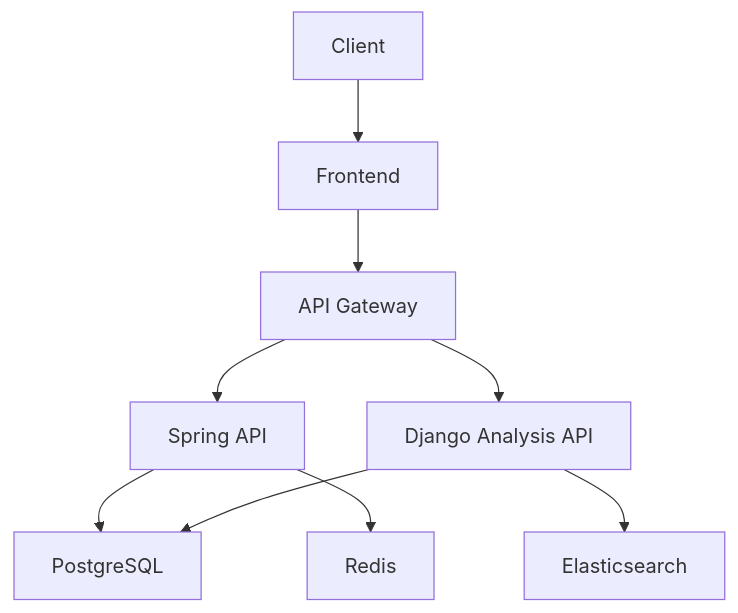
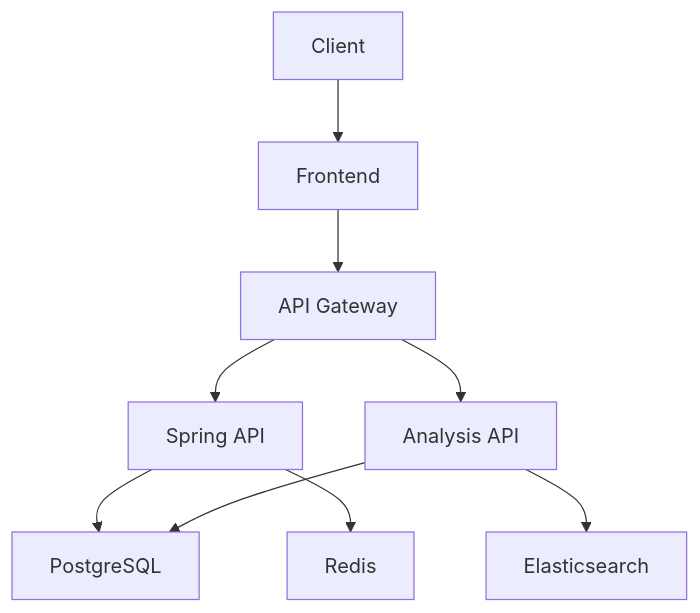
One commit to hanyeong0815/daipetto changed the eighth of 8 diagrams in docs/04_System_Architecture 362d097bd4f780b6b4d2c28d4ae357a1.md. Above: the diagram before and after it, drawn with Mermaid. The commit also changed other lines of this file and 69 other files, not shown here.

First line of the commit message:
feat(analysis): FastAPI analysis API behind a Spring relay

````diff
--- a/docs/04_System_Architecture 362d097bd4f780b6b4d2c28d4ae357a1.md
+++ b/docs/04_System_Architecture 362d097bd4f780b6b4d2c28d4ae357a1.md
@@ -601,35 +605,35 @@
 ```mermaid
 graph TB
 
 	CLIENT["Client"]
 
 	FRONT["Frontend"]
 
 	GATEWAY["API Gateway"]
 
 	SPRING["Spring API"]
 
-	DJANGO["Django Analysis API"]
+	ANALYSIS["Analysis API"]
 
 	REDIS["Redis"]
 
 	ES["Elasticsearch"]
 
 	DB["PostgreSQL"]
 
 	CLIENT --> FRONT
 
 	FRONT --> GATEWAY
 
 	GATEWAY --> SPRING
 
-	GATEWAY --> DJANGO
+	GATEWAY --> ANALYSIS
 
 	SPRING --> DB
 
-	DJANGO --> DB
+	ANALYSIS --> DB
 
 	SPRING --> REDIS
 
-	DJANGO --> ES
+	ANALYSIS --> ES
 ```
````
